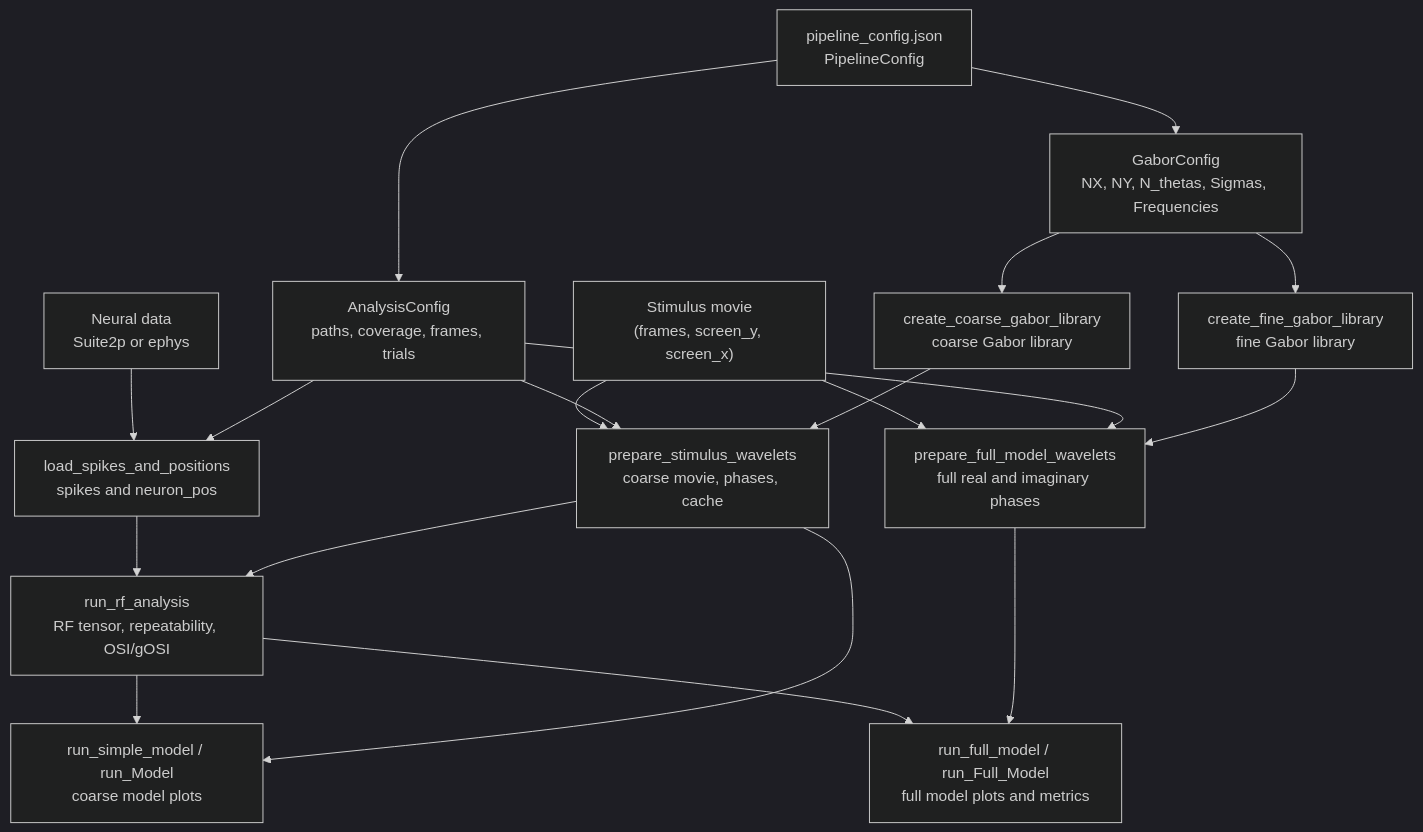
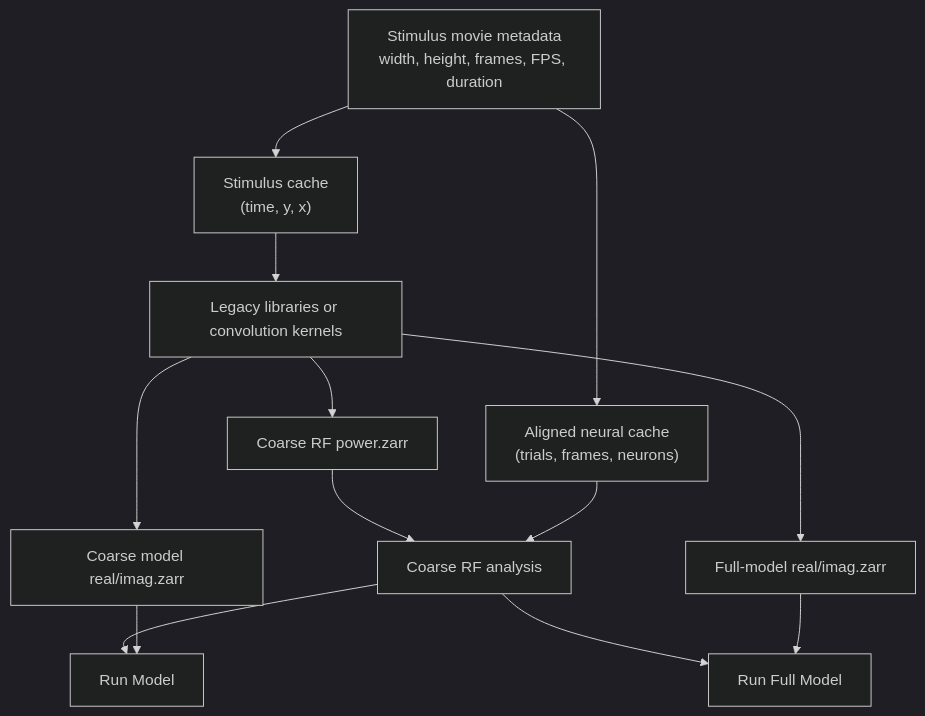
The diagram in docs/explanation/code-mindmap.md (abdwaleed/waven), drawn with Mermaid (dark theme) before and after one commit. The commit also changed other lines of this file and 25 other files, not shown here.

````diff
--- a/docs/explanation/code-mindmap.md
+++ b/docs/explanation/code-mindmap.md
@@ -11,39 +5,26 @@
 ```mermaid
 flowchart TD
-    Config["pipeline_config.json<br/>PipelineConfig"]
-    Movie["Stimulus movie<br/>(frames, screen_y, screen_x)"]
-    Neural["Neural data<br/>Suite2p or ephys"]
+    M["Stimulus movie metadata\nwidth, height, frames, FPS, duration"]
+    D["Stimulus cache\n(time, y, x)"]
+    N["Aligned neural cache\n(trials, frames, neurons)"]
+    G["Legacy libraries or convolution kernels"]
+    P["Coarse RF power.zarr"]
+    C["Coarse model real/imag.zarr"]
+    F["Full-model real/imag.zarr"]
+    R["Coarse RF analysis"]
+    SM["Run Model"]
+    FM["Run Full Model"]
 
-    GaborCfg["GaborConfig<br/>NX, NY, N_thetas, Sigmas, Frequencies"]
-    AnalysisCfg["AnalysisConfig<br/>paths, coverage, frames, trials"]
-
-    CoarseLib["create_coarse_gabor_library<br/>coarse Gabor library"]
-    FineLib["create_fine_gabor_library<br/>fine Gabor library"]
-
-    CoarseWave["prepare_stimulus_wavelets<br/>coarse movie, phases, cache"]
-    FullWave["prepare_full_model_wavelets<br/>full real and imaginary phases"]
-
-    Align["load_spikes_and_positions<br/>spikes and neuron_pos"]
-    RF["run_rf_analysis<br/>RF tensor, repeatability, OSI/gOSI"]
-    Simple["run_simple_model / run_Model<br/>coarse model plots"]
-    Full["run_full_model / run_Full_Model<br/>full model plots and metrics"]
-
-    Config --> GaborCfg
-    Config --> AnalysisCfg
-    GaborCfg --> CoarseLib
-    GaborCfg --> FineLib
-    Movie --> CoarseWave
-    Movie --> FullWave
-    AnalysisCfg --> CoarseWave
-    AnalysisCfg --> FullWave
-    CoarseLib --> CoarseWave
-    FineLib --> FullWave
-    Neural --> Align
-    AnalysisCfg --> Align
-    Align --> RF
-    CoarseWave --> RF
-    RF --> Simple
-    CoarseWave --> Simple
-    RF --> Full
-    FullWave --> Full
+    M --> D
+    M --> N
+    D --> G
+    G --> P
+    G --> C
+    G --> F
+    P --> R
+    N --> R
+    R --> SM
+    C --> SM
+    R --> FM
+    F --> FM
 ```
````
